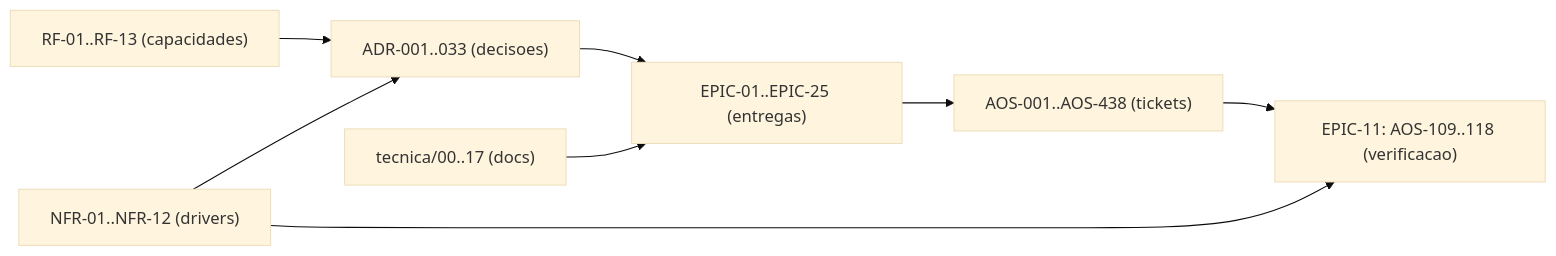
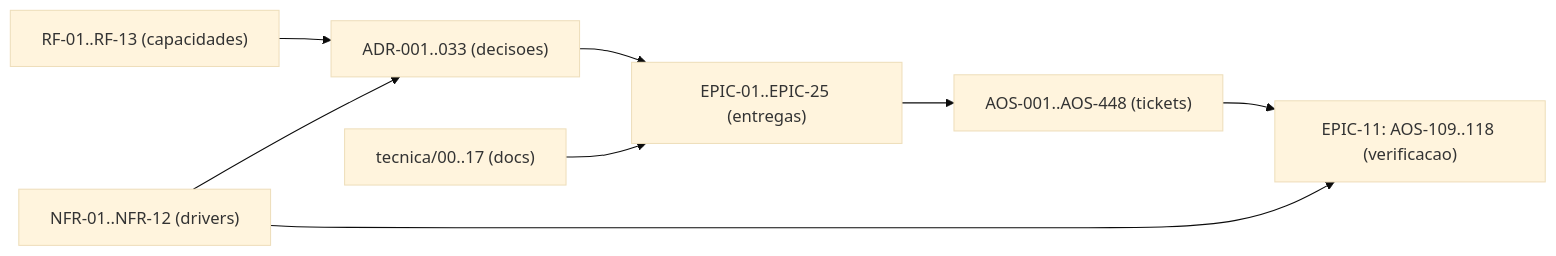
Before and after one commit to albinoJimy/aos: the diagram in tecnica/16_Rastreabilidade_RTM.md, drawn with Mermaid (base theme). The commit also changed other lines of this file and 2 other files, not shown here.

````diff
--- a/tecnica/16_Rastreabilidade_RTM.md
+++ b/tecnica/16_Rastreabilidade_RTM.md
@@ -195,10 +195,10 @@
 ```mermaid
 flowchart LR
     RF["RF-01..RF-13 (capacidades)"] --> ADR["ADR-001..033 (decisoes)"]
     NFR["NFR-01..NFR-12 (drivers)"] --> ADR
     ADR --> EPIC["EPIC-01..EPIC-25 (entregas)"]
-    EPIC --> TICK["AOS-001..AOS-438 (tickets)"]
+    EPIC --> TICK["AOS-001..AOS-448 (tickets)"]
     DOC["tecnica/00..17 (docs)"] --> EPIC
     TICK --> TEST["EPIC-11: AOS-109..118 (verificacao)"]
     NFR --> TEST
 ```
````
